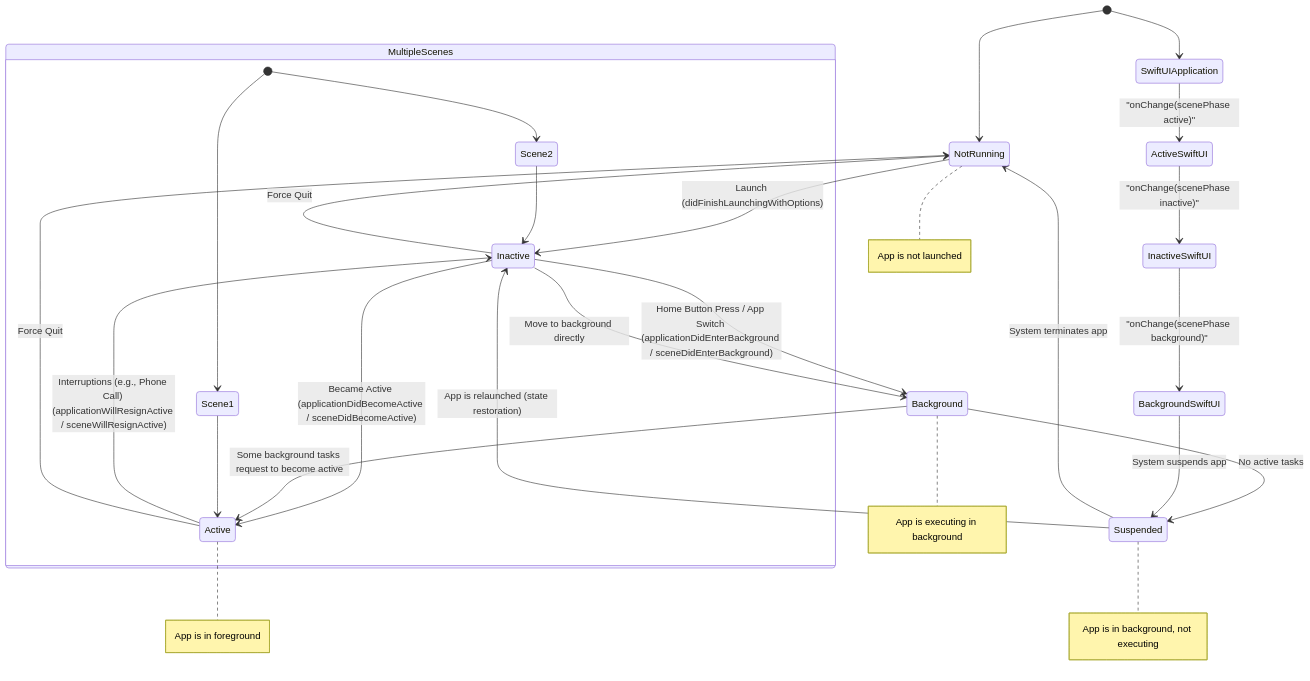
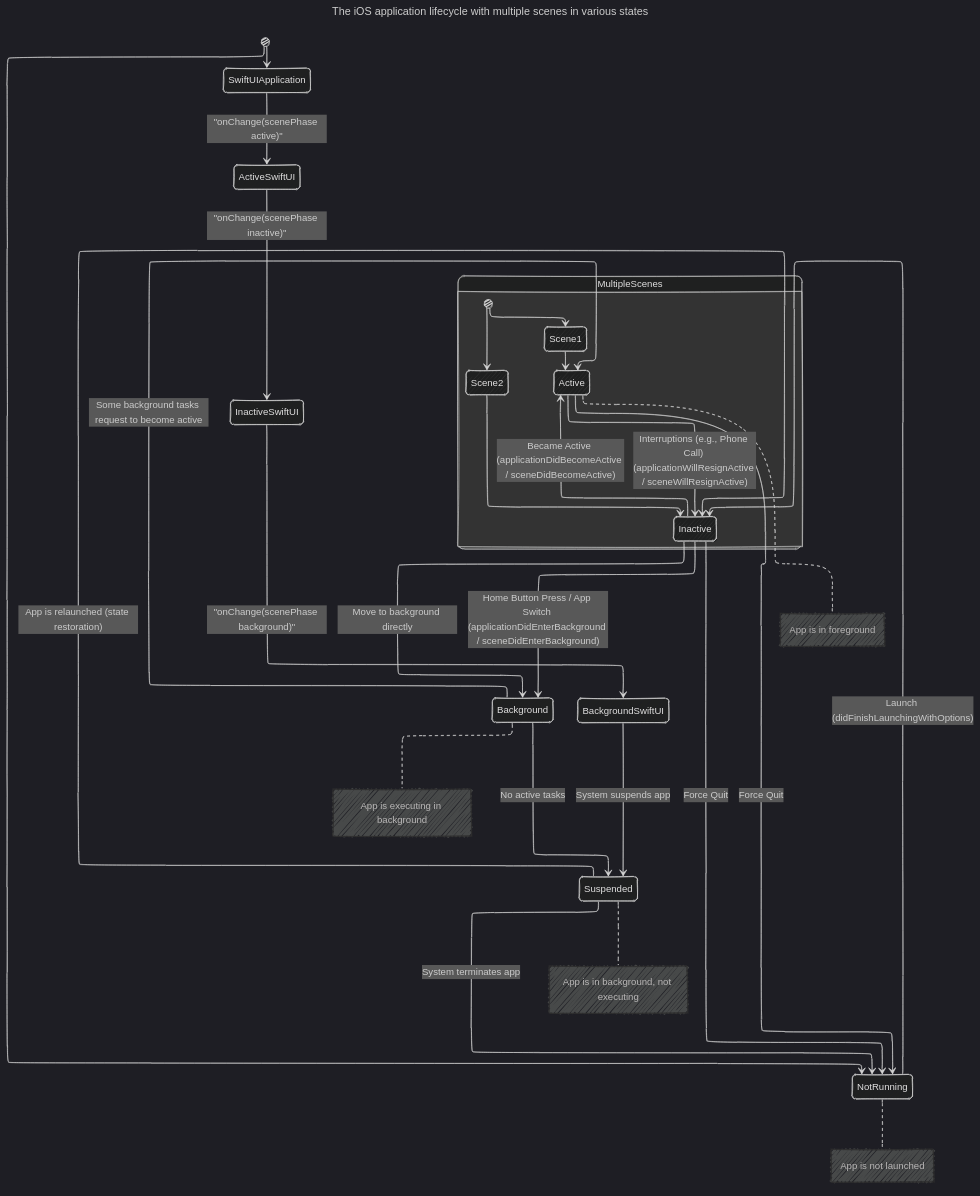
One commit to CongLeSolutionX/iOS-development-vault changed the sixth of 6 diagrams in iOS_app_and_view_lifecycle/iOS_app_lifecycle_with_UIKit_and_SwiftUI.md. Above: the diagram before and after it, drawn with Mermaid. The commit also changed other lines of this file and 8 other files, not shown here.

````diff
--- a/iOS_app_and_view_lifecycle/iOS_app_lifecycle_with_UIKit_and_SwiftUI.md
+++ b/iOS_app_and_view_lifecycle/iOS_app_lifecycle_with_UIKit_and_SwiftUI.md
@@ -273,57 +304,64 @@
 ```mermaid
+---
+title: The iOS application lifecycle with multiple scenes in various states
+config:
+  layout: elk
+  look: handDrawn
+  theme: dark
+---
 stateDiagram-v2
     [*] --> NotRunning
 
     NotRunning --> Inactive : Launch (didFinishLaunchingWithOptions)
     Inactive --> Active : Became Active (applicationDidBecomeActive / sceneDidBecomeActive)
     Active --> Inactive : Interruptions (e.g., Phone Call) (applicationWillResignActive / sceneWillResignActive)
     Inactive --> Background : Home Button Press / App Switch (applicationDidEnterBackground / sceneDidEnterBackground)
     Background --> Suspended : No active tasks
     Suspended --> NotRunning : System terminates app
 
     %% Additional Transitions
     Inactive --> Background : Move to background directly
     Background --> Active : Some background tasks request to become active
 
     %% Termination
     Active --> NotRunning : Force Quit
     Inactive --> NotRunning : Force Quit
 
     %% SwiftUI Lifecycle
     [*] --> SwiftUIApplication
 
     SwiftUIApplication --> ActiveSwiftUI : "onChange(scenePhase active)"
     ActiveSwiftUI --> InactiveSwiftUI : "onChange(scenePhase inactive)"
     InactiveSwiftUI --> BackgroundSwiftUI : "onChange(scenePhase background)"
     BackgroundSwiftUI --> Suspended : System suspends app
 
     %% State Restoration
     Suspended --> Inactive : App is relaunched (state restoration)
 
     %% Multiple Scenes
     state MultipleScenes {
         [*] --> Scene1
         [*] --> Scene2
 
         Scene1 --> Active
         Scene2 --> Inactive
     }
 
     %% Notes
     note right of NotRunning
         App is not launched
     end note
 
     note right of Active
         App is in foreground
     end note
 
     note right of Background
         App is executing in background
     end note
 
     note right of Suspended
         App is in background, not executing
     end note
 
 ```
````
